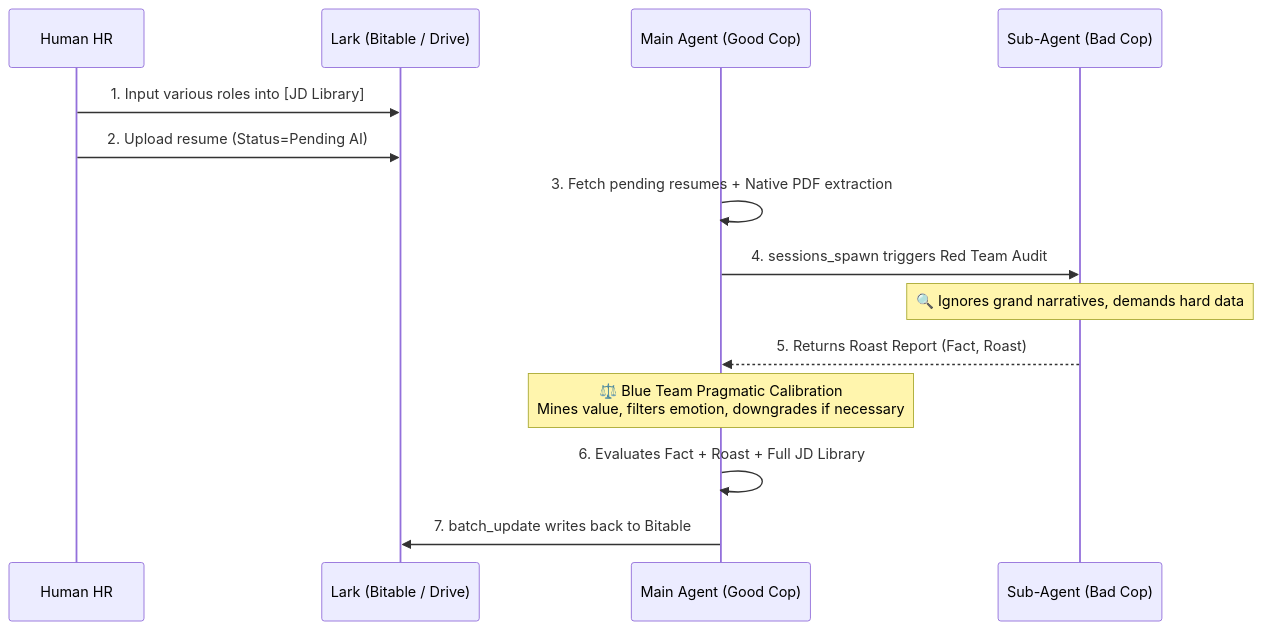
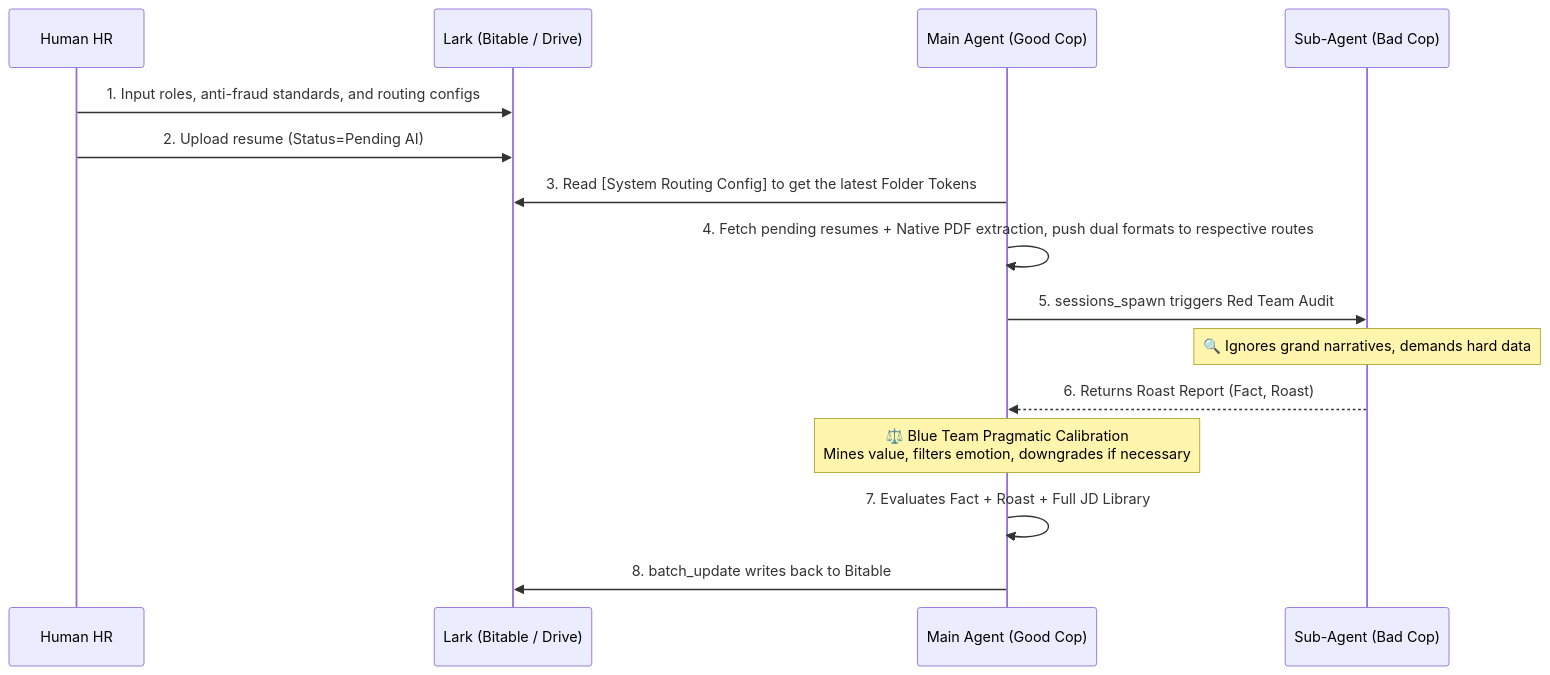
Before and after one commit to RedMogu/skills: the diagram in feishu-intelligent-recruitment/SKILL_EN.md, drawn with Mermaid. The commit also changed other lines of this file, not shown here.

Commit message:
feat: upgrade SKILL_EN.md to v3.3 with dynamic Feishu Bitable routing

````diff
--- a/feishu-intelligent-recruitment/SKILL_EN.md
+++ b/feishu-intelligent-recruitment/SKILL_EN.md
@@ -78,21 +86,22 @@
 ```mermaid
 sequenceDiagram
     participant HR as Human HR
     participant Feishu as Lark (Bitable / Drive)
     participant Main as Main Agent (Good Cop)
     participant SubAgent as Sub-Agent (Bad Cop)
 
-    HR->>Feishu: 1. Input various roles into [JD Library]
+    HR->>Feishu: 1. Input roles, anti-fraud standards, and routing configs
     HR->>Feishu: 2. Upload resume (Status=Pending AI)
     
-    Main->>Main: 3. Fetch pending resumes + Native PDF extraction
-    Main->>SubAgent: 4. sessions_spawn triggers Red Team Audit
+    Main->>Feishu: 3. Read [System Routing Config] to get the latest Folder Tokens
+    Main->>Main: 4. Fetch pending resumes + Native PDF extraction, push dual formats to respective routes
+    Main->>SubAgent: 5. sessions_spawn triggers Red Team Audit
     
     Note over SubAgent: 🔍 Ignores grand narratives, demands hard data
-    SubAgent-->>Main: 5. Returns Roast Report (Fact, Roast)
+    SubAgent-->>Main: 6. Returns Roast Report (Fact, Roast)
     
     Note over Main: ⚖️ Blue Team Pragmatic Calibration<br/>Mines value, filters emotion, downgrades if necessary
-    Main->>Main: 6. Evaluates Fact + Roast + Full JD Library
+    Main->>Main: 7. Evaluates Fact + Roast + Full JD Library
     
-    Main->>Feishu: 7. batch_update writes back to Bitable
+    Main->>Feishu: 8. batch_update writes back to Bitable
 ```
````
